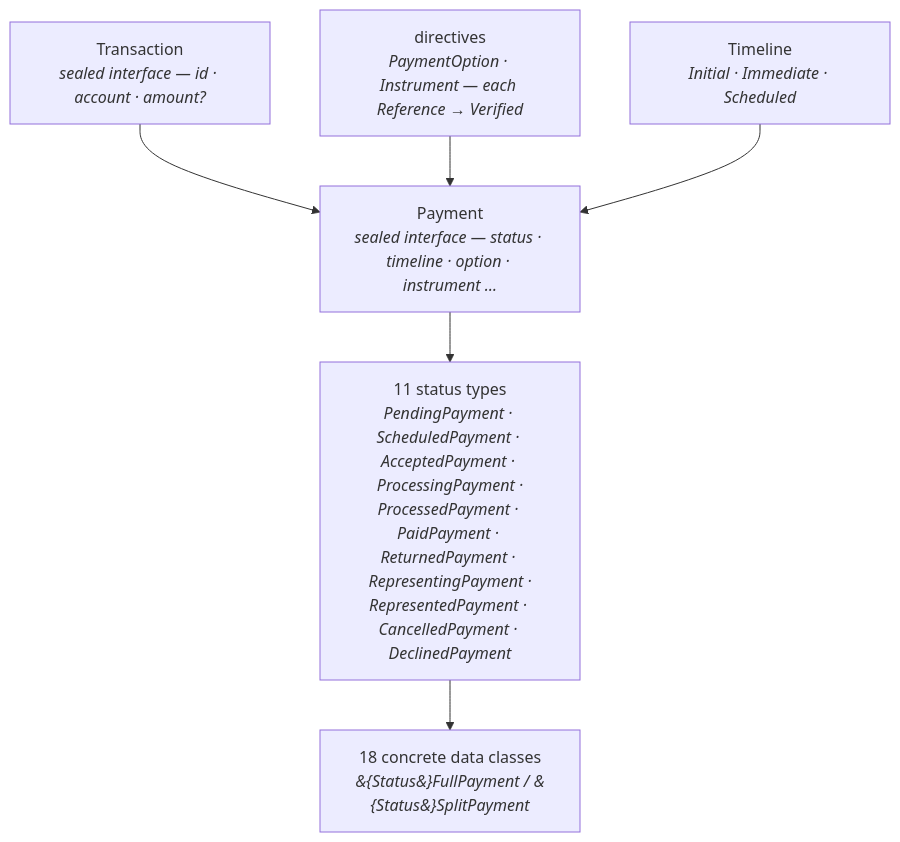
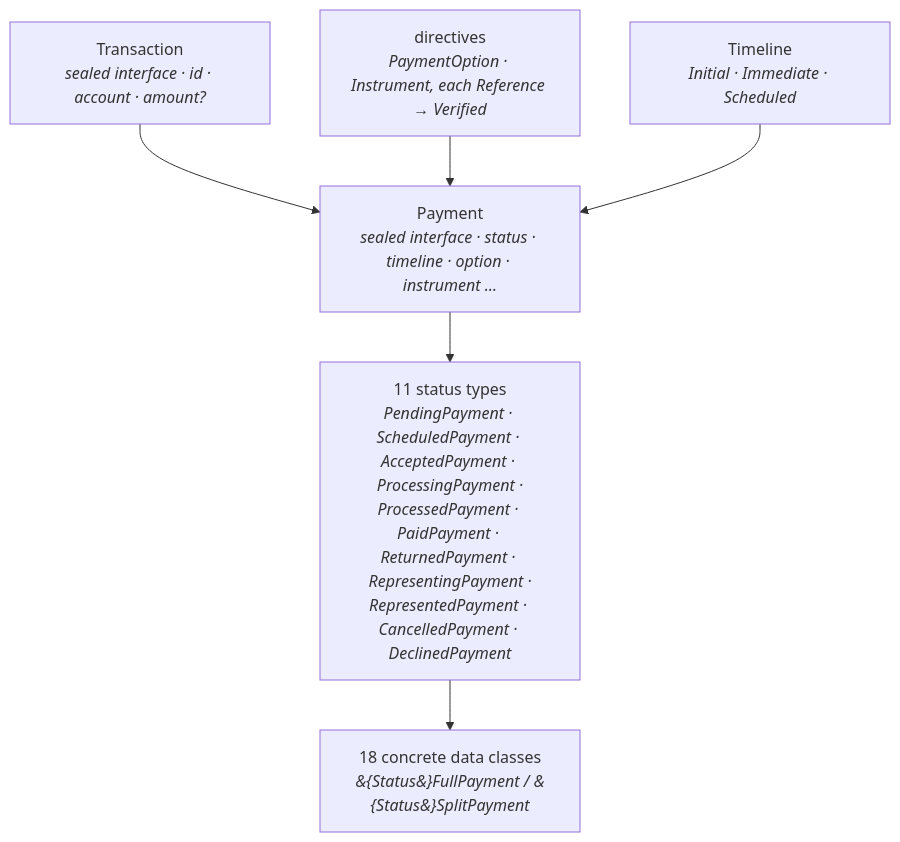
Before and after one commit to arunav-bhattacharya/billpay-book: the diagram in website/docs/build/data-model/index.md, drawn with Mermaid. The commit also changed other lines of this file and 95 other files, not shown here.

````diff
--- a/website/docs/build/data-model/index.md
+++ b/website/docs/build/data-model/index.md
@@ -14,12 +14,12 @@
 ```mermaid
 flowchart TD
-  T["Transaction<br/><i>sealed interface — id · account · amount?</i>"]
-  P["Payment<br/><i>sealed interface — status · timeline · option · instrument …</i>"]
+  T["Transaction<br/><i>sealed interface · id · account · amount?</i>"]
+  P["Payment<br/><i>sealed interface · status · timeline · option · instrument …</i>"]
   S["11 status types<br/><i>PendingPayment · ScheduledPayment · AcceptedPayment · ProcessingPayment ·<br/>ProcessedPayment · PaidPayment · ReturnedPayment · RepresentingPayment ·<br/>RepresentedPayment · CancelledPayment · DeclinedPayment</i>"]
   L["18 concrete data classes<br/><i>&#123;Status&#125;FullPayment / &#123;Status&#125;SplitPayment</i>"]
-  D["directives<br/><i>PaymentOption · Instrument — each Reference → Verified</i>"]
+  D["directives<br/><i>PaymentOption · Instrument, each Reference → Verified</i>"]
   TL["Timeline<br/><i>Initial · Immediate · Scheduled</i>"]
   T --> P --> S --> L
   D --> P
   TL --> P
 ```
````
